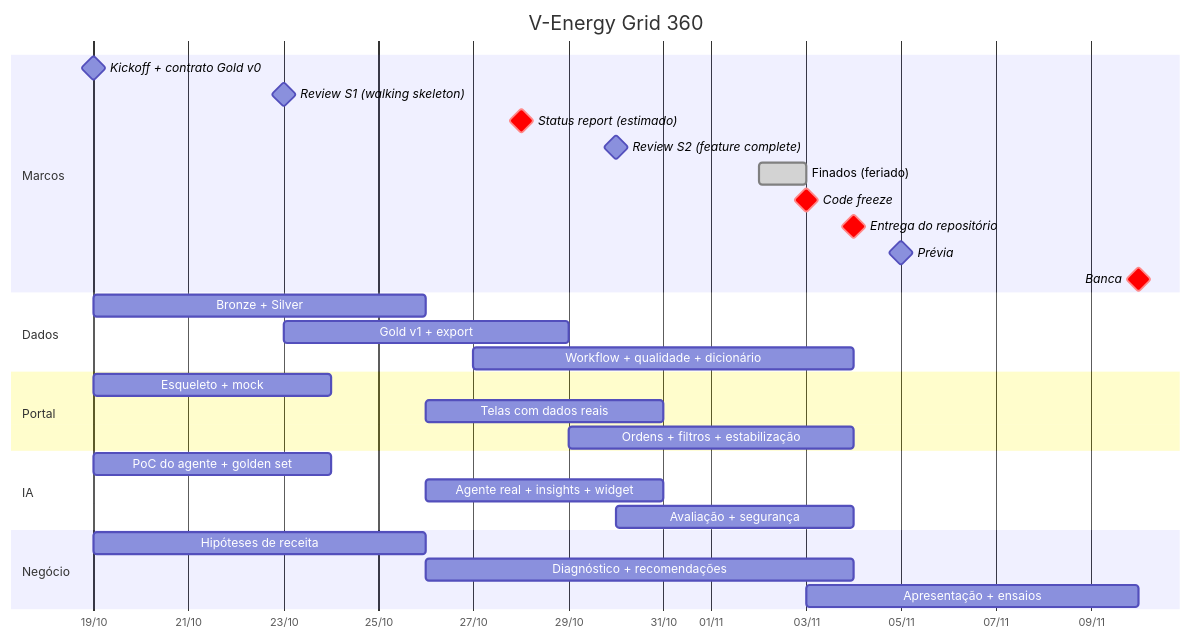
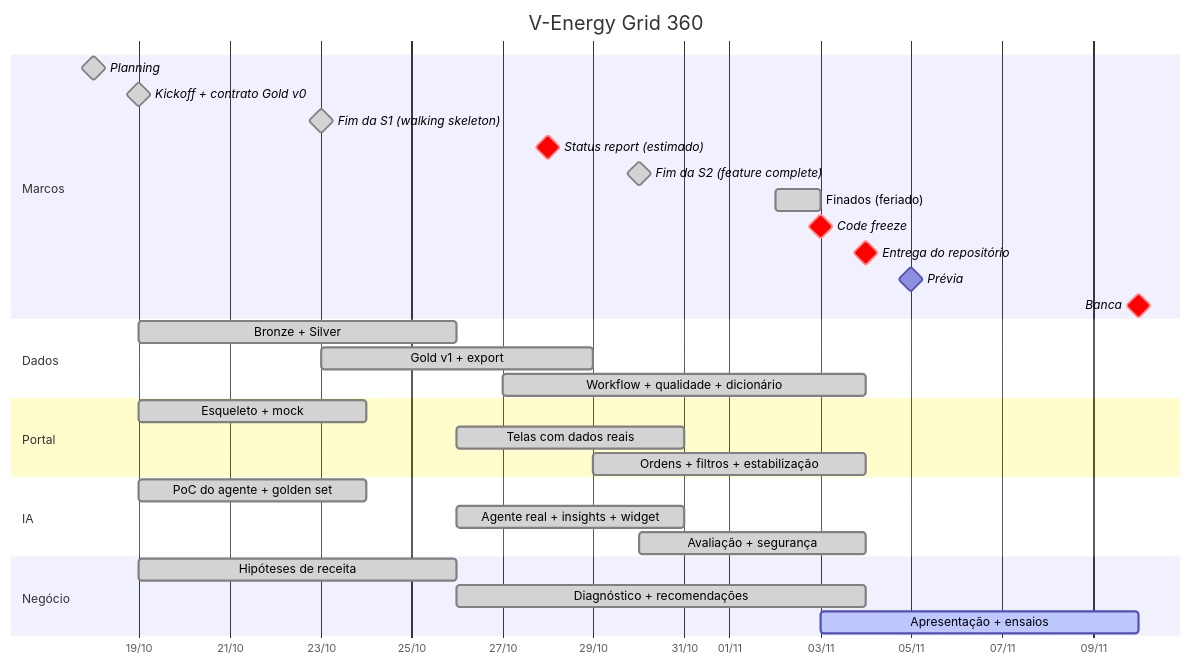
The first of 2 diagrams in docs/planejamento.md (felipe-matias-dev/404-GhostNotFound), drawn with Mermaid before and after one commit. The commit also changed other lines of this file, not shown here.

````diff
--- a/docs/planejamento.md
+++ b/docs/planejamento.md
@@ -54,32 +63,33 @@
 ```mermaid
 gantt
   dateFormat YYYY-MM-DD
   axisFormat %d/%m
   title V-Energy Grid 360
   section Marcos
-  Kickoff + contrato Gold v0         :milestone, 2026-10-19, 0d
-  Review S1 (walking skeleton)        :milestone, 2026-10-23, 0d
+  Planning                            :done, milestone, 2026-10-18, 0d
+  Kickoff + contrato Gold v0         :done, milestone, 2026-10-19, 0d
+  Fim da S1 (walking skeleton)        :done, milestone, 2026-10-23, 0d
   Status report (estimado)            :crit, milestone, 2026-10-28, 0d
-  Review S2 (feature complete)        :milestone, 2026-10-30, 0d
+  Fim da S2 (feature complete)        :done, milestone, 2026-10-30, 0d
   Finados (feriado)                   :done, 2026-11-02, 1d
   Code freeze                         :crit, milestone, 2026-11-03, 0d
   Entrega do repositório              :crit, milestone, 2026-11-04, 0d
   Prévia                              :milestone, 2026-11-05, 0d
   Banca                               :crit, milestone, 2026-11-10, 0d
   section Dados
-  Bronze + Silver                     :d1, 2026-10-19, 7d
-  Gold v1 + export                    :d2, 2026-10-23, 6d
-  Workflow + qualidade + dicionário   :d3, 2026-10-27, 8d
+  Bronze + Silver                     :done, d1, 2026-10-19, 7d
+  Gold v1 + export                    :done, d2, 2026-10-23, 6d
+  Workflow + qualidade + dicionário   :done, d3, 2026-10-27, 8d
   section Portal
-  Esqueleto + mock                    :v1, 2026-10-19, 5d
-  Telas com dados reais               :v2, 2026-10-26, 5d
-  Ordens + filtros + estabilização    :v3, 2026-10-29, 6d
+  Esqueleto + mock                    :done, v1, 2026-10-19, 5d
+  Telas com dados reais               :done, v2, 2026-10-26, 5d
+  Ordens + filtros + estabilização    :done, v3, 2026-10-29, 6d
   section IA
-  PoC do agente + golden set          :g1, 2026-10-19, 5d
-  Agente real + insights + widget     :g2, 2026-10-26, 5d
-  Avaliação + segurança               :g3, 2026-10-30, 5d
+  PoC do agente + golden set          :done, g1, 2026-10-19, 5d
+  Agente real + insights + widget     :done, g2, 2026-10-26, 5d
+  Avaliação + segurança               :done, g3, 2026-10-30, 5d
   section Negócio
-  Hipóteses de receita                :n1, 2026-10-19, 7d
-  Diagnóstico + recomendações         :n2, 2026-10-26, 9d
-  Apresentação + ensaios              :n3, 2026-11-03, 7d
+  Hipóteses de receita                :done, n1, 2026-10-19, 7d
+  Diagnóstico + recomendações         :done, n2, 2026-10-26, 9d
+  Apresentação + ensaios              :active, n3, 2026-11-03, 7d
 ```
````
